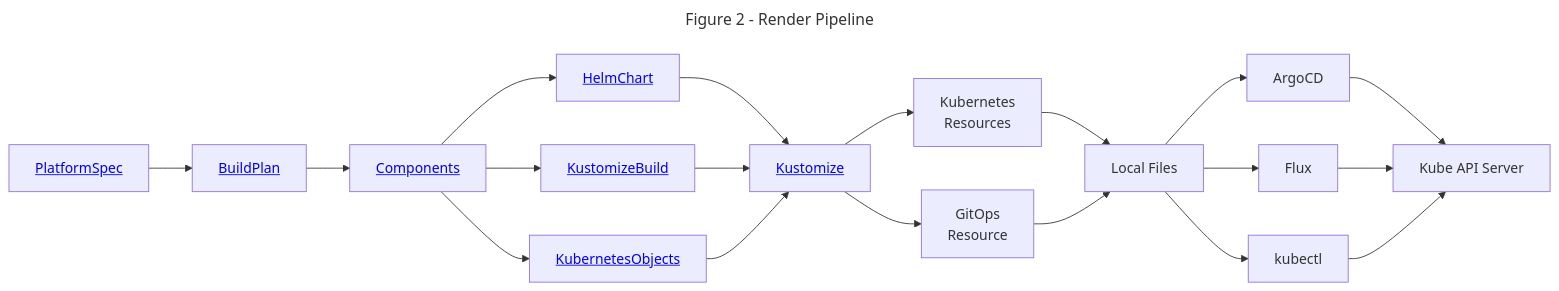
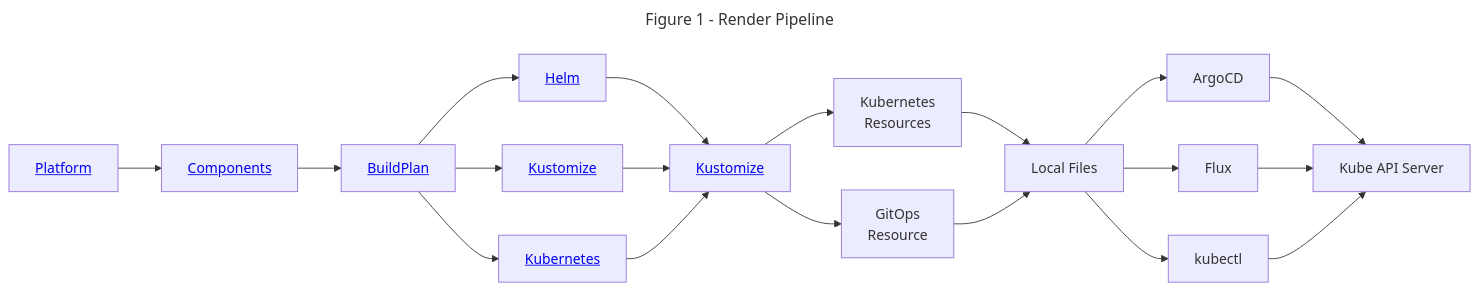
The second of 2 diagrams in doc/md/start/concepts.md (holos-run/holos), drawn with Mermaid before and after one commit. The commit also changed 1 other file, not shown here.

Commit message:
guides: add rendering pipeline diagram to quickstart

````diff
--- a/doc/md/start/concepts.md
+++ b/doc/md/start/concepts.md
@@ -325,32 +325,32 @@
 ```mermaid
 ---
-title: Figure 2 - Render Pipeline
+title: Figure 1 - Render Pipeline
 ---
 graph LR
-    PS[<a href="/docs/api/core/v1alpha2#PlatformSpec">PlatformSpec</a>]
-    BP[<a href="/docs/api/core/v1alpha2#BuildPlan">BuildPlan</a>]
-    HC[<a href="/docs/api/core/v1alpha2#HolosComponent">Components</a>]
+    PS[<a href="/docs/api/author/v1alpha3/#Platform">Platform</a>]
+    HC[<a href="/docs/api/author/v1alpha3/#ComponentFields">Components</a>]
+    BP[<a href="/docs/api/core/v1alpha3#BuildPlan">BuildPlan</a>]
 
-    H[<a href="/docs/api/core/v1alpha2#HelmChart">HelmChart</a>]
-    K[<a href="/docs/api/core/v1alpha2#KustomizeBuild">KustomizeBuild</a>]
-    O[<a href="/docs/api/core/v1alpha2#KubernetesObjects">KubernetesObjects</a>]
+    H[<a href="/docs/api/author/v1alpha3/#Helm">Helm</a>]
+    K[<a href="/docs/api/author/v1alpha3/#Kustomize">Kustomize</a>]
+    O[<a href="/docs/api/author/v1alpha3/#Kubernetes">Kubernetes</a>]
 
-    P[<a href="/docs/api/core/v1alpha2#Kustomize">Kustomize</a>]
+    P[<a href="/docs/api/core/v1alpha3#Kustomize">Kustomize</a>]
     Y[Kubernetes <br/>Resources]
     G[GitOps <br/>Resource]
     FS[Local Files]
 
     C[Kube API Server]
 
-    PS --> BP --> HC
-    HC --> H --> P
-    HC --> K --> P
-    HC --> O --> P
+    PS --> HC --> BP
+    BP --> H --> P
+    BP --> K --> P
+    BP --> O --> P
 
     P --> Y --> FS
     P --> G --> FS
 
     FS --> ArgoCD --> C
     FS --> Flux --> C
     FS --> kubectl --> C
 ```
````
